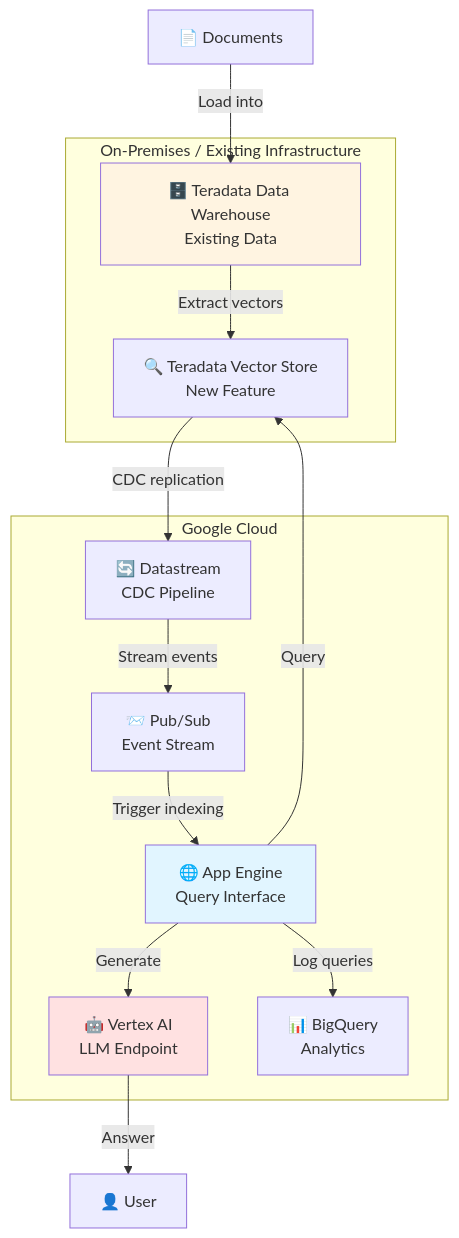
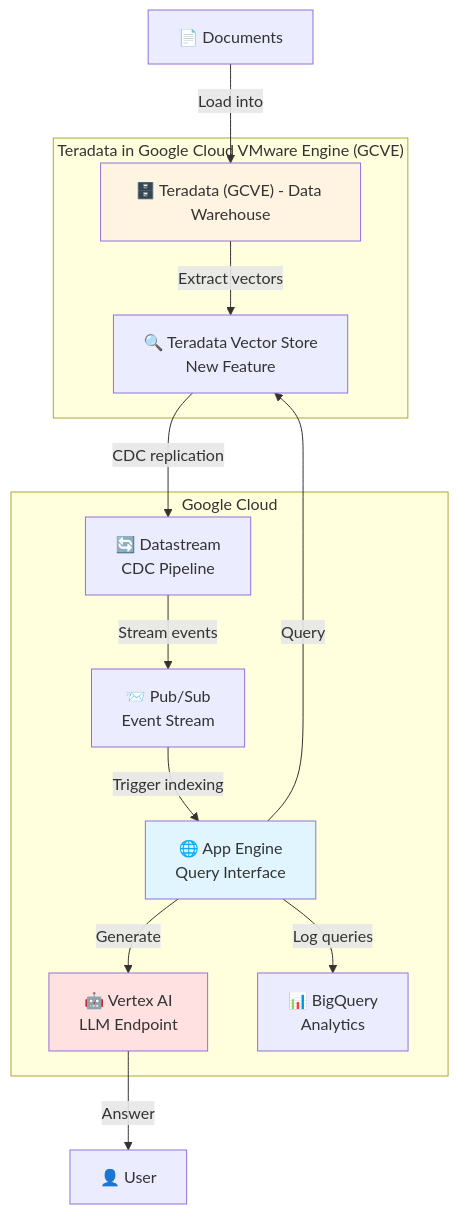
Before and after one commit to karthiknagaraj/local-RAG: the fourth of 5 diagrams in docs/CONCEPT_AND_CLOUD_OPTIONS.md, drawn with Mermaid. The commit also changed other lines of this file, not shown here.

Commit message:
docs: update Teradata option to reflect GCVE hosting and networking/replication guidance

````diff
--- a/docs/CONCEPT_AND_CLOUD_OPTIONS.md
+++ b/docs/CONCEPT_AND_CLOUD_OPTIONS.md
@@ -411,29 +411,29 @@
 ```mermaid
 graph TB
-    subgraph "On-Premises / Existing Infrastructure"
-        TERADATA["🗄️ Teradata Data Warehouse<br/>Existing Data"]
+    subgraph "Teradata in Google Cloud VMware Engine (GCVE)"
+        TERADATA["🗄️ Teradata (GCVE) - Data Warehouse"]
         TERADATA_VDB["🔍 Teradata Vector Store<br/>New Feature"]
     end
     
     subgraph "Google Cloud"
         DATASTREAM["🔄 Datastream<br/>CDC Pipeline"]
         PUBSUB["📨 Pub/Sub<br/>Event Stream"]
         VERTEX["🤖 Vertex AI<br/>LLM Endpoint"]
         APPENGINE["🌐 App Engine<br/>Query Interface"]
         BIGQUERY["📊 BigQuery<br/>Analytics"]
     end
     
     DOC["📄 Documents"] -->|Load into| TERADATA
     TERADATA -->|Extract vectors| TERADATA_VDB
     TERADATA_VDB -->|CDC replication| DATASTREAM
     DATASTREAM -->|Stream events| PUBSUB
     PUBSUB -->|Trigger indexing| APPENGINE
     APPENGINE -->|Query| TERADATA_VDB
     APPENGINE -->|Generate| VERTEX
     VERTEX -->|Answer| USER["👤 User"]
     APPENGINE -->|Log queries| BIGQUERY
     
     style TERADATA fill:#fff4e1
     style VERTEX fill:#ffe1e1
     style APPENGINE fill:#e1f5ff
 ```
````
